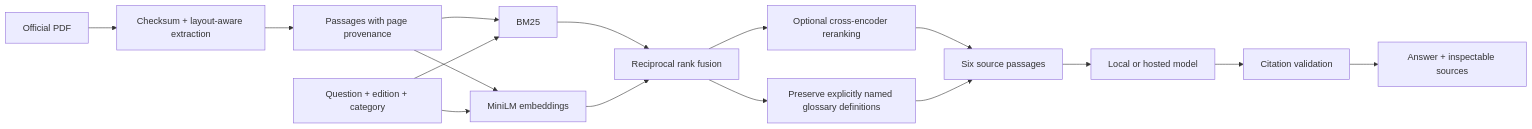
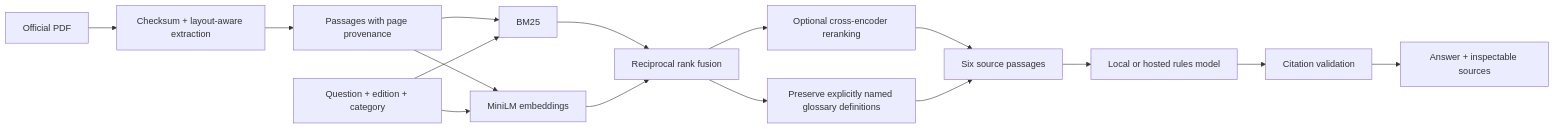
Before and after one commit to williamcfrancis/rulekeeper: the diagram in README.md, drawn with Mermaid. The commit also changed other lines of this file and 22 other files, not shown here.

````diff
--- a/README.md
+++ b/README.md
@@ -34,18 +52,18 @@
 ```mermaid
 flowchart LR
   A[Official PDF] --> B[Checksum + layout-aware extraction]
   B --> C[Passages with page provenance]
   C --> D[BM25]
   C --> E[MiniLM embeddings]
   Q[Question + edition + category] --> D
   Q --> E
   D --> F[Reciprocal rank fusion]
   E --> F
   F --> G[Optional cross-encoder reranking]
   G --> H[Six source passages]
   F --> N[Preserve explicitly named glossary definitions]
   N --> H
-  H --> I[Local or hosted model]
+  H --> I[Local or hosted rules model]
   I --> J[Citation validation]
   J --> K[Answer + inspectable sources]
 ```
````
